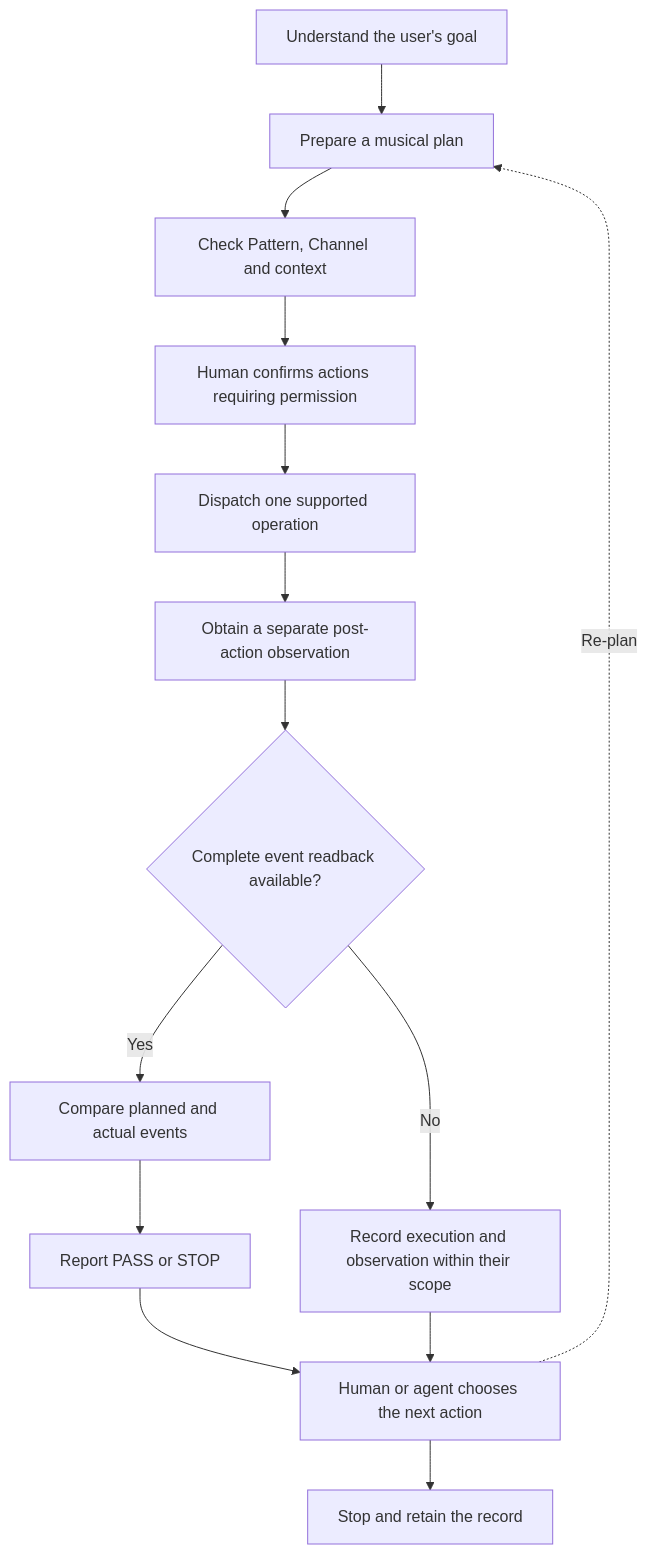
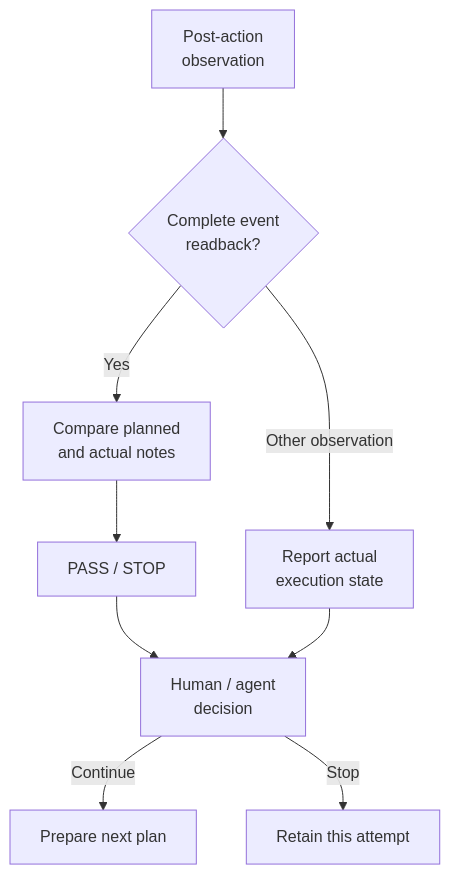
The fifth of 5 diagrams in README.en.md (ryurikoneko/DAWLoop), drawn with Mermaid before and after one commit. The commit also changed other lines of this file and 12 other files, not shown here.

````diff
--- a/README.en.md
+++ b/README.en.md
@@ -121,16 +129,11 @@
 ```mermaid
 flowchart TD
-    A[Understand the user's goal] --> B[Prepare a musical plan]
-    B --> C[Check Pattern, Channel and context]
-    C --> H[Human confirms actions requiring permission]
-    H --> E[Dispatch one supported operation]
-    E --> O[Obtain a separate post-action observation]
-    O --> Q{Complete event readback available?}
-    Q -->|Yes| V[Compare planned and actual events]
-    V --> P[Report PASS or STOP]
-    Q -->|No| S[Record execution and observation within their scope]
-    P --> D[Human or agent chooses the next action]
-    S --> D
-    D -. Re-plan .-> B
-    D --> X[Stop and retain the record]
+    A[Post-action<br/>observation] --> B{Complete event<br/>readback?}
+    B -->|Yes| C[Compare planned<br/>and actual notes]
+    C --> D[PASS / STOP]
+    B -->|Other observation| E[Report actual<br/>execution state]
+    D --> F[Human / agent<br/>decision]
+    E --> F
+    F -->|Continue| G[Prepare next plan]
+    F -->|Stop| H[Retain this attempt]
 ```
````
